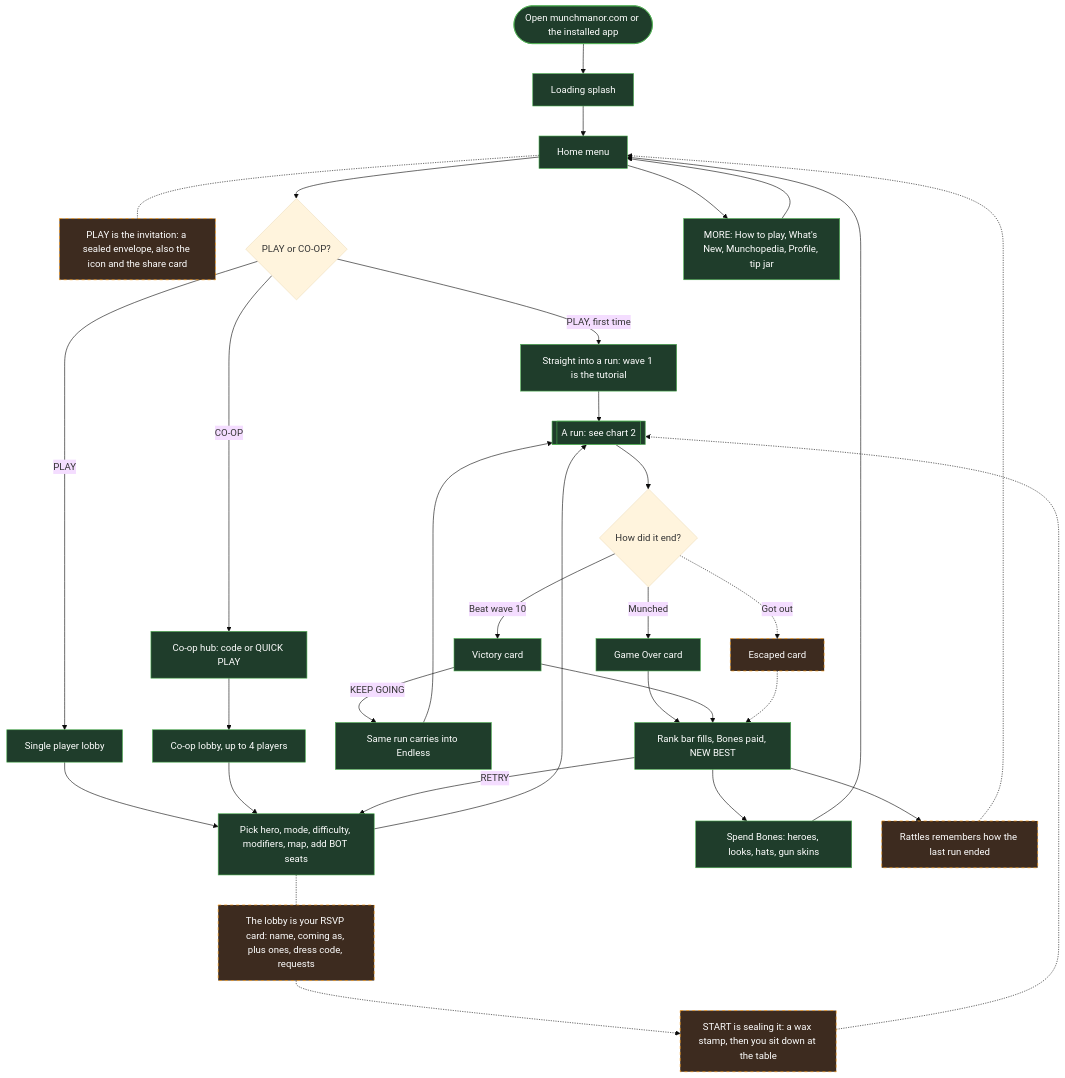
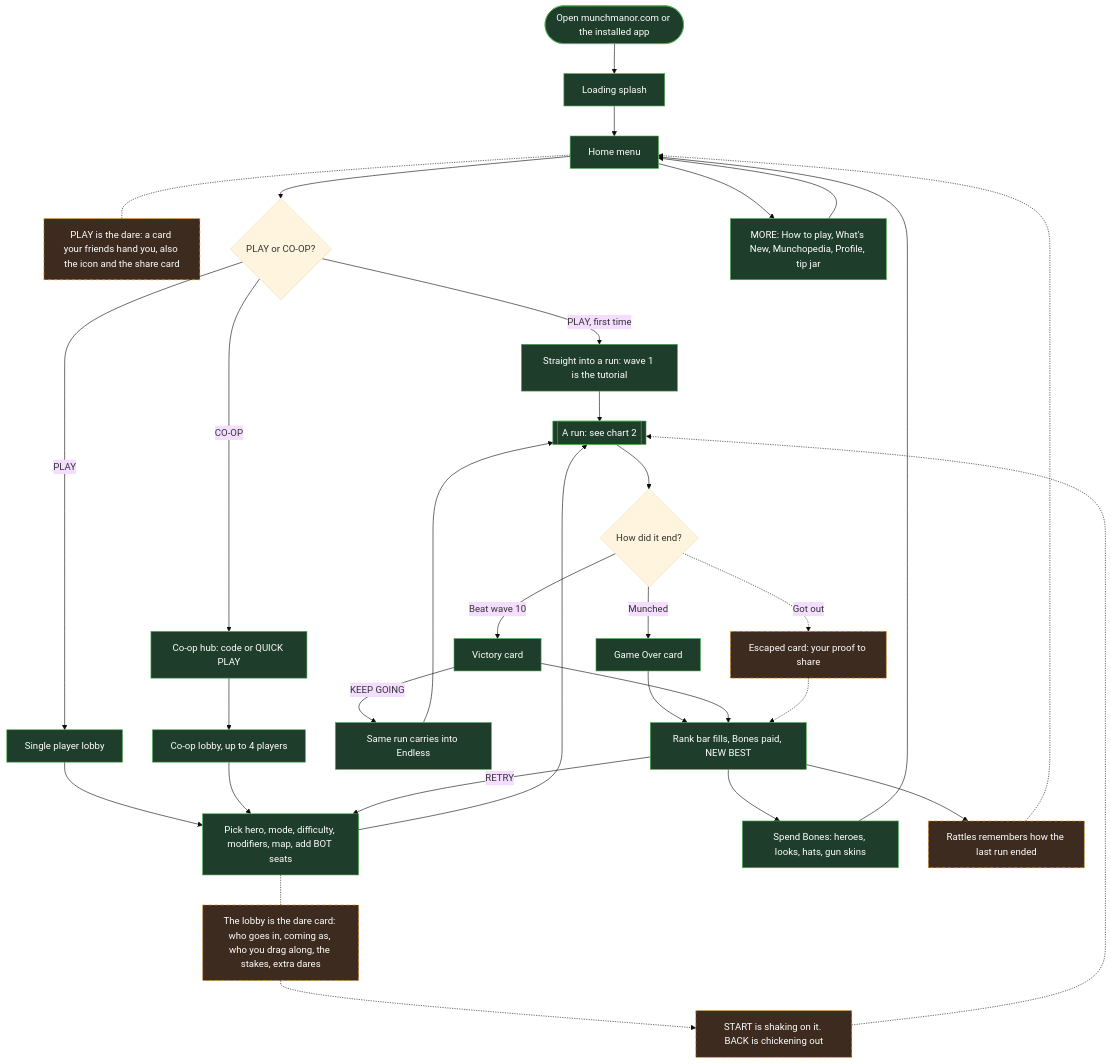
One commit to Tanner-Scadden/munch-manor changed the second of 6 diagrams in FLOW.md. Above: the diagram before and after it, drawn with Mermaid (base theme). The commit also changed other lines of this file and 2 other files, not shown here.

First line of the commit message:
docs: make the Munch Manor dare the story, and the power-ups the house's things

````diff
--- a/FLOW.md
+++ b/FLOW.md
@@ -23,45 +23,45 @@
 ```mermaid
 flowchart TD
   link([Open munchmanor.com or the installed app]):::built --> splash[Loading splash]:::built
   splash --> home
-  home -.- invite[PLAY is the invitation: a sealed envelope, also the icon and the share card]:::proposed
+  home -.- dareArt[PLAY is the dare: a card your friends hand you, also the icon and the share card]:::proposed
 
   home[Home menu]:::built --> playBtn{PLAY or CO-OP?}
   home --> more[MORE: How to play, What's New, Munchopedia, Profile, tip jar]:::built
   more --> home
 
   playBtn -->|PLAY, first time| tutorial[Straight into a run: wave 1 is the tutorial]:::built
   playBtn -->|PLAY| lobby[Single player lobby]:::built
   playBtn -->|CO-OP| coop[Co-op hub: code or QUICK PLAY]:::built
 
   lobby --> picks[Pick hero, mode, difficulty, modifiers, map, add BOT seats]:::built
   coop --> coopLobby[Co-op lobby, up to 4 players]:::built
   coopLobby --> picks
 
-  picks -.- rsvp[The lobby is your RSVP card: name, coming as, plus ones, dress code, requests]:::proposed
-  rsvp -.-> seal[START is sealing it: a wax stamp, then you sit down at the table]:::proposed
-  seal -.-> run
+  picks -.- dareCard[The lobby is the dare card: who goes in, coming as, who you drag along, the stakes, extra dares]:::proposed
+  dareCard -.-> shake[START is shaking on it. BACK is chickening out]:::proposed
+  shake -.-> run
   picks --> run[[A run: see chart 2]]:::built
   tutorial --> run
 
   run --> ended{How did it end?}
   ended -->|Munched| gameOver[Game Over card]:::built
   ended -->|Beat wave 10| victory[Victory card]:::built
-  ended -.->|Got out| escaped[Escaped card]:::proposed
+  ended -.->|Got out| escaped[Escaped card: your proof to share]:::proposed
 
   victory -->|KEEP GOING| endless[Same run carries into Endless]:::built
   endless --> run
 
   gameOver --> reward[Rank bar fills, Bones paid, NEW BEST]:::built
   victory --> reward
   escaped -.-> reward
 
   reward --> spend[Spend Bones: heroes, looks, hats, gun skins]:::built
   reward --> rattlesMemory[Rattles remembers how the last run ended]:::proposed
   spend --> home
   rattlesMemory -.-> home
   reward -->|RETRY| picks
 
   classDef built fill:#1f3d2b,stroke:#4caf50,color:#fff
   classDef proposed fill:#3d2b1f,stroke:#ff9800,color:#fff,stroke-dasharray: 5 5
 ```
````
